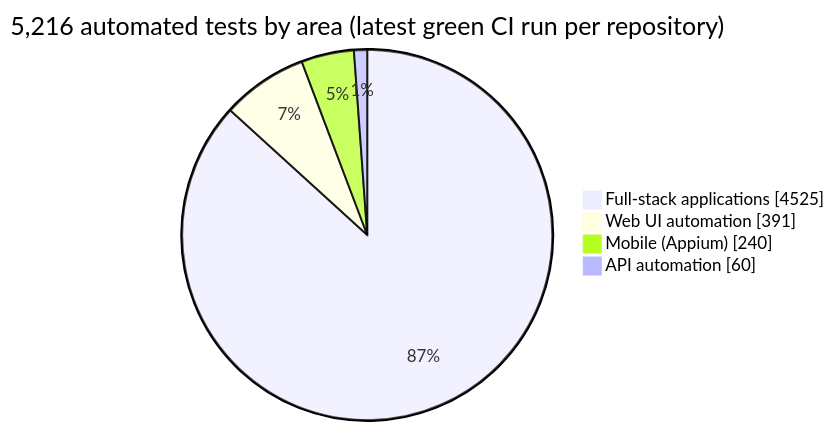
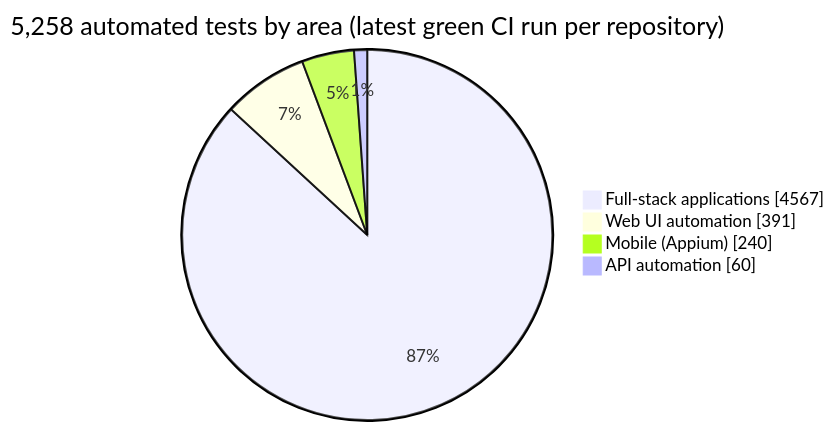
Before and after one commit to rbchy/ranajitchowdhury: the third of 14 diagrams in README.md, drawn with Mermaid. The commit also changed other lines of this file and 3 other files, not shown here.

````diff
--- a/README.md
+++ b/README.md
@@ -91,8 +91,8 @@
 ```mermaid
 pie showData
-    title 5,216 automated tests by area (latest green CI run per repository)
-    "Full-stack applications" : 4525
+    title 5,258 automated tests by area (latest green CI run per repository)
+    "Full-stack applications" : 4567
     "Web UI automation" : 391
     "Mobile (Appium)" : 240
     "API automation" : 60
 ```
````
